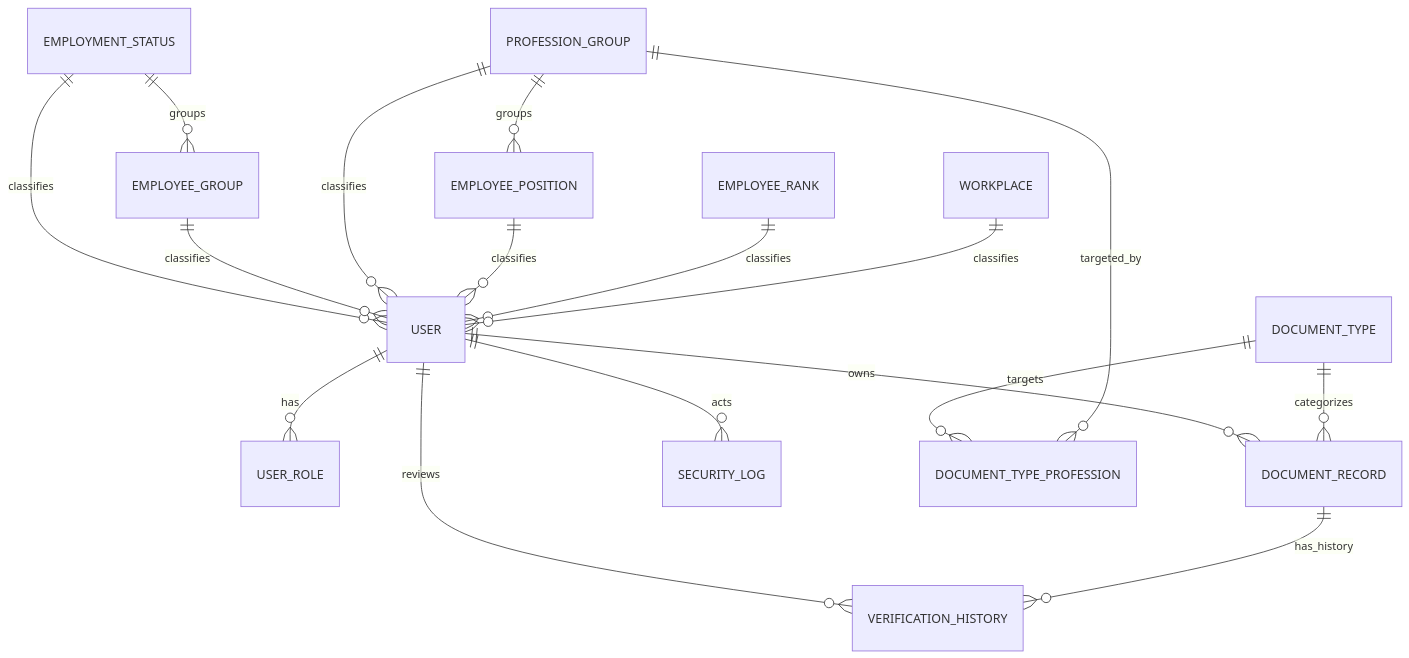
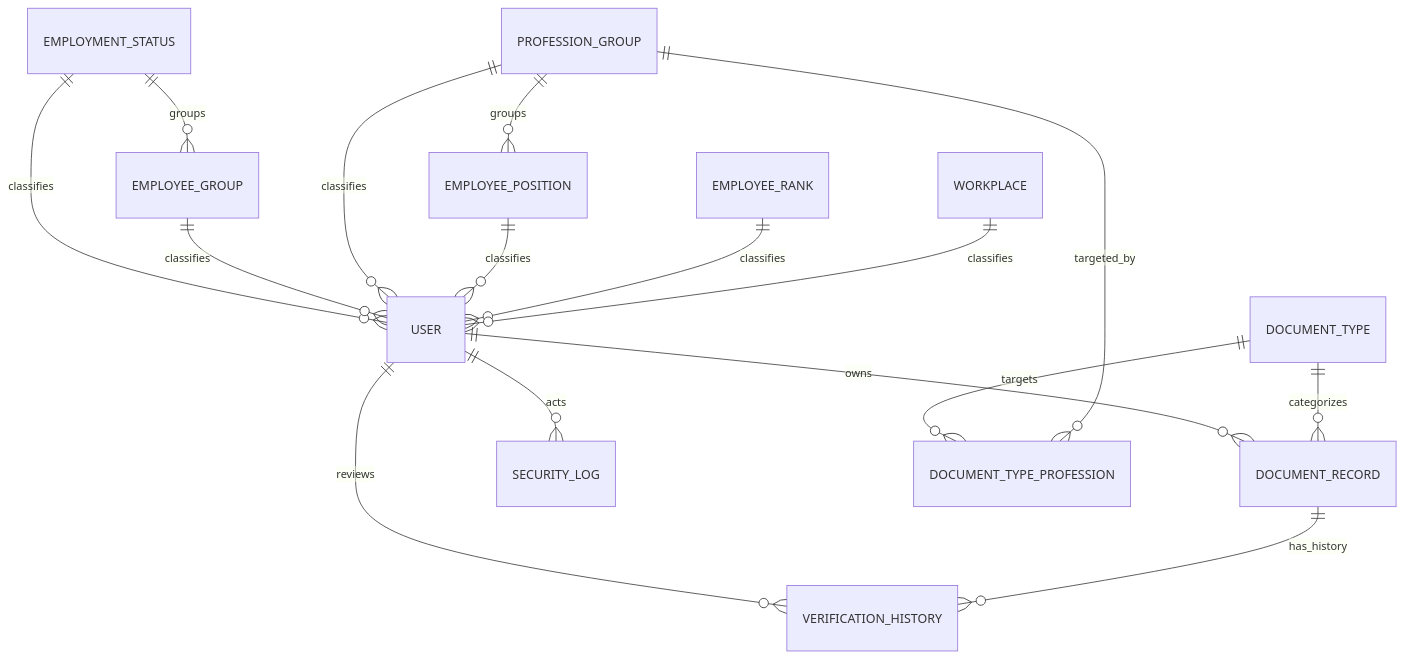
One commit to tumbalku/sdm_bahteramas changed the diagram in docs/database.md. Above: the diagram before and after it, drawn with Mermaid. The commit also changed other lines of this file and 73 other files, not shown here.

````diff
--- a/docs/database.md
+++ b/docs/database.md
@@ -336,19 +325,18 @@
 ```mermaid
 erDiagram
-    USER ||--o{ USER_ROLE : has
     USER ||--o{ DOCUMENT_RECORD : owns
     USER ||--o{ VERIFICATION_HISTORY : reviews
     USER ||--o{ SECURITY_LOG : acts
     DOCUMENT_TYPE ||--o{ DOCUMENT_RECORD : categorizes
     DOCUMENT_TYPE ||--o{ DOCUMENT_TYPE_PROFESSION : targets
     PROFESSION_GROUP ||--o{ DOCUMENT_TYPE_PROFESSION : targeted_by
     DOCUMENT_RECORD ||--o{ VERIFICATION_HISTORY : has_history
     EMPLOYMENT_STATUS ||--o{ EMPLOYEE_GROUP : groups
     EMPLOYMENT_STATUS ||--o{ USER : classifies
     EMPLOYEE_GROUP ||--o{ USER : classifies
     PROFESSION_GROUP ||--o{ EMPLOYEE_POSITION : groups
     PROFESSION_GROUP ||--o{ USER : classifies
     EMPLOYEE_POSITION ||--o{ USER : classifies
     EMPLOYEE_RANK ||--o{ USER : classifies
     WORKPLACE ||--o{ USER : classifies
 ```
````
